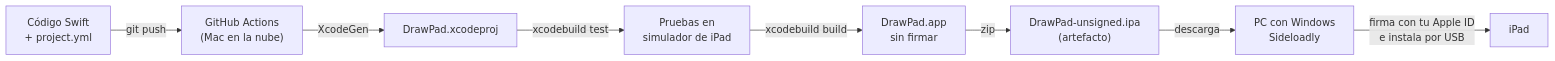
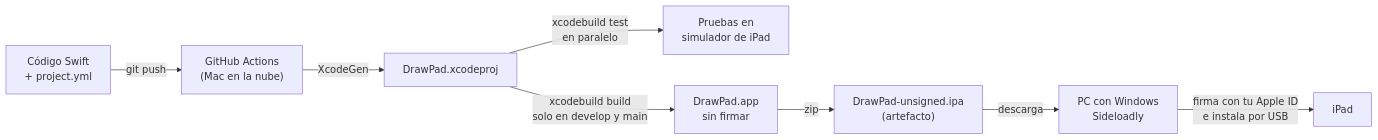
One commit to jhonjairo6230/DrawPad changed the first of 3 diagrams in docs/compilacion-e-instalacion.md. Above: the diagram before and after it, drawn with Mermaid. The commit also changed other lines of this file and 134 other files, not shown here.

````diff
--- a/docs/compilacion-e-instalacion.md
+++ b/docs/compilacion-e-instalacion.md
@@ -9,10 +9,10 @@
 ```mermaid
 flowchart LR
     A["Código Swift<br/>+ project.yml"] -->|git push| B["GitHub Actions<br/>(Mac en la nube)"]
     B -->|XcodeGen| C["DrawPad.xcodeproj"]
-    C -->|xcodebuild test| D["Pruebas en<br/>simulador de iPad"]
-    D -->|xcodebuild build| E["DrawPad.app<br/>sin firmar"]
+    C -->|xcodebuild test<br/>en paralelo| D["Pruebas en<br/>simulador de iPad"]
+    C -->|xcodebuild build<br/>solo en develop y main| E["DrawPad.app<br/>sin firmar"]
     E -->|zip| F["DrawPad-unsigned.ipa<br/>(artefacto)"]
     F -->|descarga| G["PC con Windows<br/>Sideloadly"]
     G -->|firma con tu Apple ID<br/>e instala por USB| H["iPad"]
 ```
````
